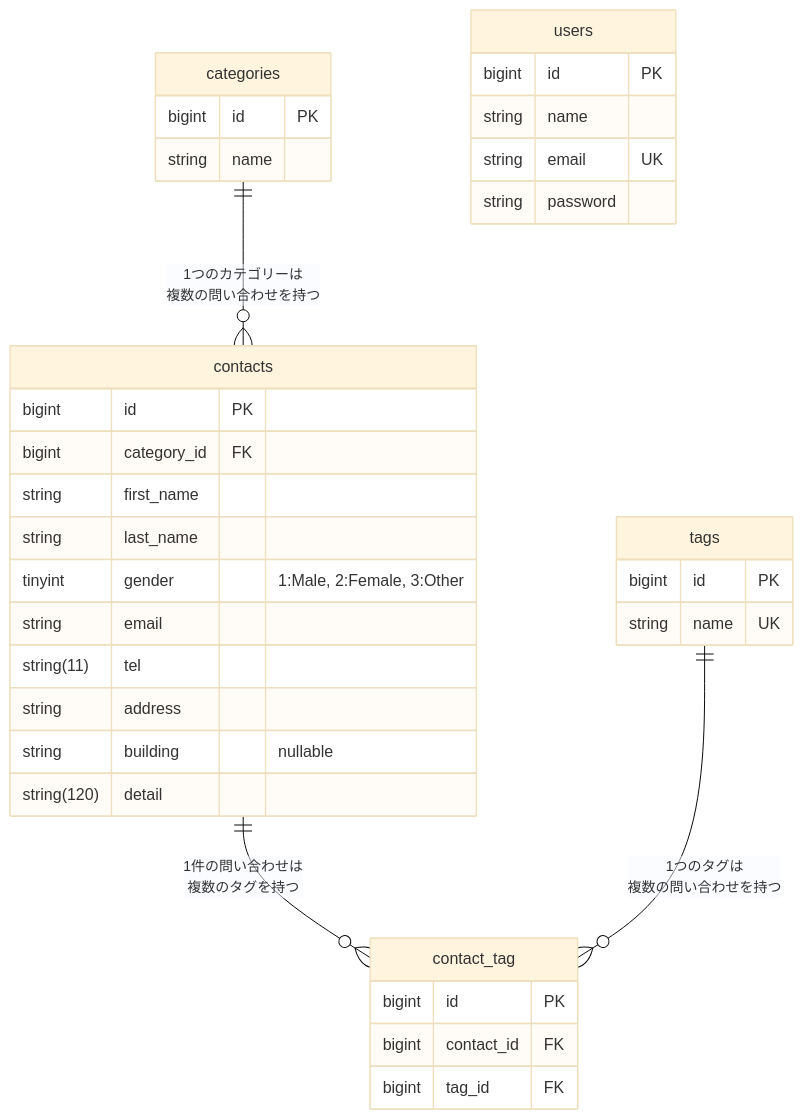
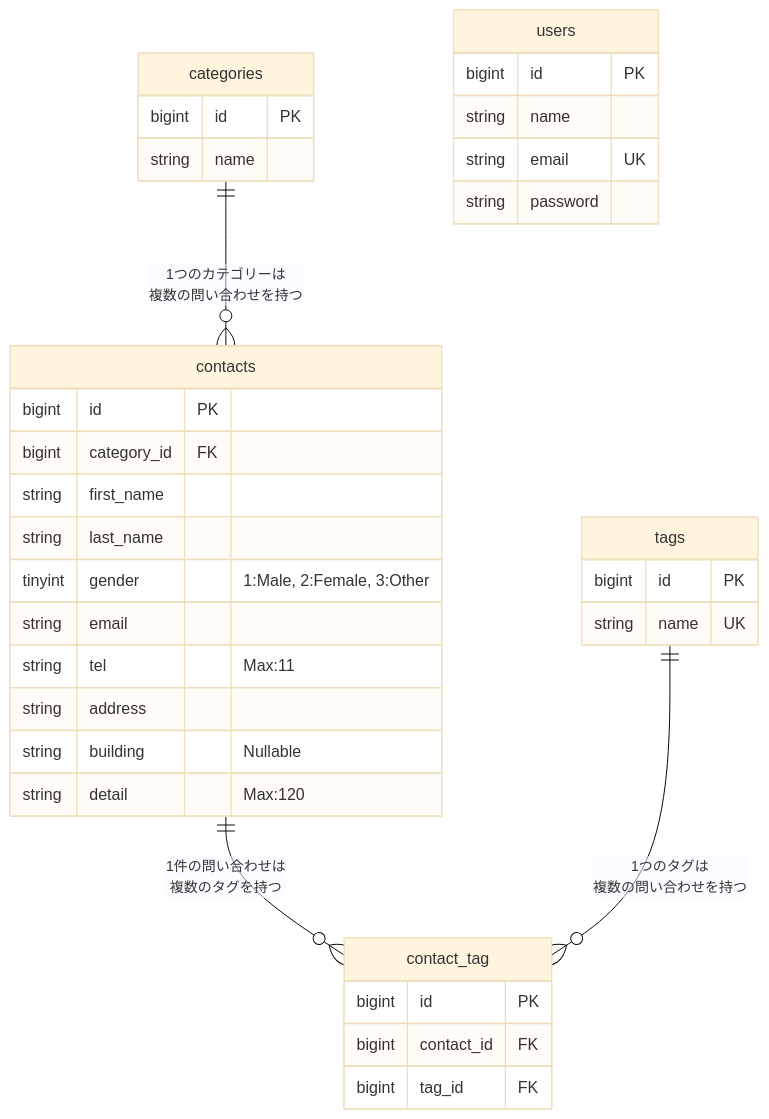
The diagram in README.md (kazu-hisami2/Review_Test-contact-form-app), drawn with Mermaid (base theme) before and after one commit.

Commit message:
Update README.md for field specifications

````diff
--- a/README.md
+++ b/README.md
@@ -1,42 +1,42 @@
 ```mermaid
 erDiagram
     categories ||--o{ contacts : "1つのカテゴリーは<br>複数の問い合わせを持つ"
     contacts ||--o{ contact_tag : "1件の問い合わせは<br>複数のタグを持つ"
     tags ||--o{ contact_tag : "1つのタグは<br>複数の問い合わせを持つ"
 
     categories {
         bigint id PK
         string name
     }
 
     contacts {
         bigint id PK
         bigint category_id FK
         string first_name
         string last_name
         tinyint gender "1:Male, 2:Female, 3:Other"
         string email
-        string(11) tel
+        string tel "Max:11"
         string address
-        string building "nullable"
-        string(120) detail
+        string building "Nullable"
+        string detail "Max:120"
     }
 
     tags {
         bigint id PK
         string name UK
     }
 
     contact_tag {
         bigint id PK
         bigint contact_id FK
         bigint tag_id FK
     }
 
     users {
         bigint id PK
         string name
         string email UK
         string password
     }
 ```
````
